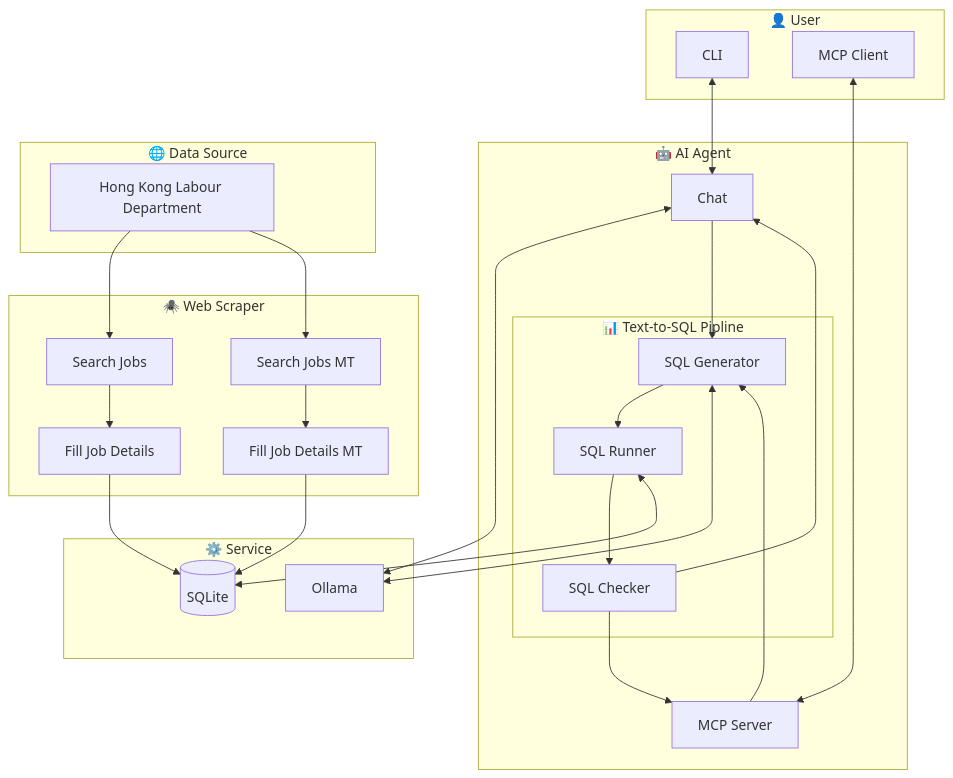
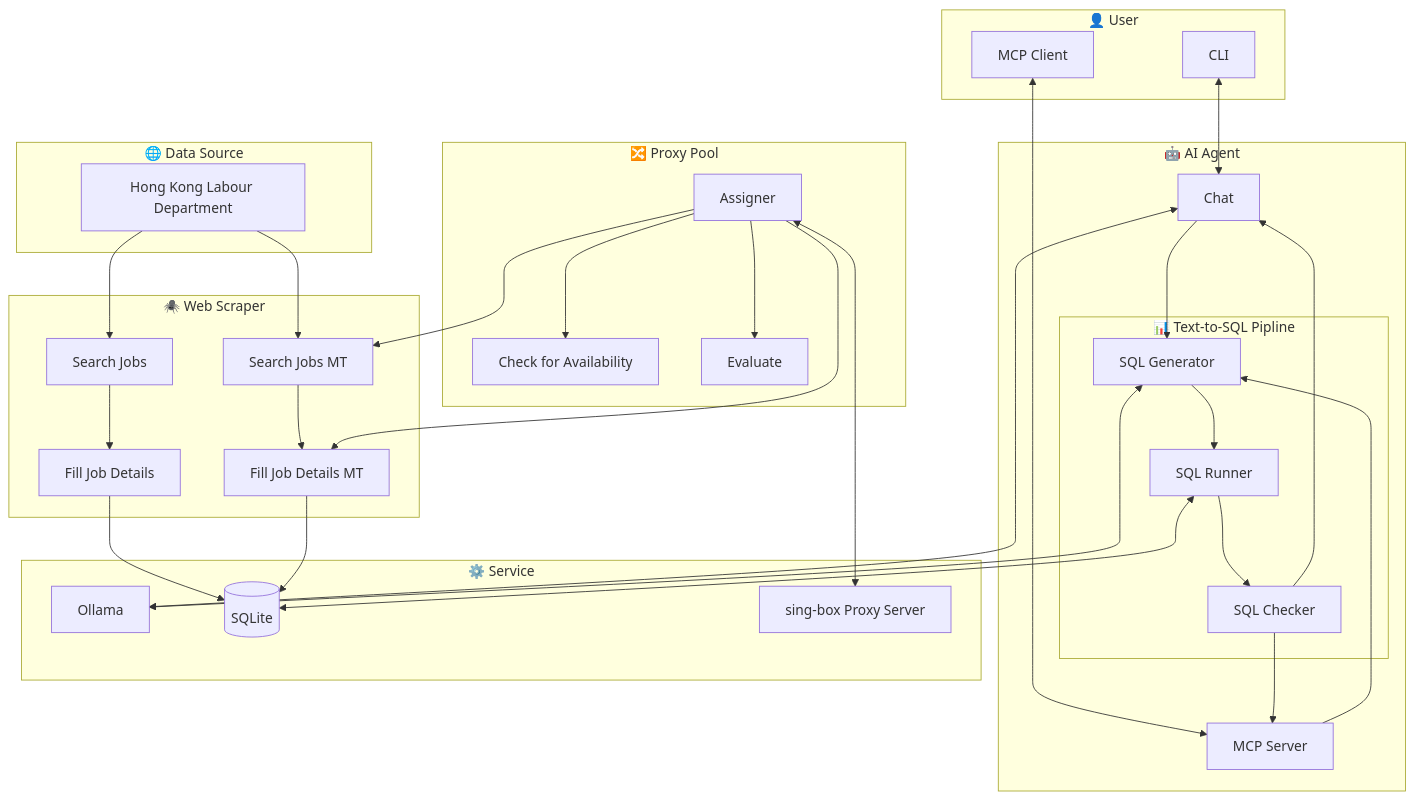
One commit to JJ-Jacko/jobs_hk changed the diagram in README.md. Above: the diagram before and after it, drawn with Mermaid. The commit also changed 2 other files, not shown here.

Commit message:
feat(README): Proxy pool.

````diff
--- a/README.md
+++ b/README.md
@@ -16,61 +16,74 @@
 ```mermaid
 flowchart
     subgraph User["👤 User"]
         CLI[CLI]
         MCP_CLIENT[MCP Client]
     end
 
     subgraph Scraper["🕷️ Web Scraper"]
         search_job[Search Jobs]
         search_job_mt[Search Jobs MT]
         fill_job[Fill Job Details]
         fill_job_mt[Fill Job Details MT]
+    end
+
+    subgraph ProxyPool["🔀 Proxy Pool"]
+        check_proxy_availability[Check for Availability]
+        evaluate_proxy[Evaluate]
+        assigner[Assigner]
     end
 
     subgraph SQL_pipline["📊 Text-to-SQL Pipline"]
         SQL_generator[SQL Generator]
         SQL_runner[SQL Runner]
         SQL_checker[SQL Checker]
     end
 
     subgraph AI["🤖 AI Agent"]
         chat[Chat]
         MCP_server[MCP Server]
         SQL_pipline
     end
 
     subgraph Service["⚙️ Service"]
         Ollama[Ollama]
         SQLite[(SQLite)]
+        proxy_server["sing-box Proxy Server"]
     end
 
     subgraph DataSource["🌐 Data Source"]
         web_src[Hong Kong Labour Department]
     end
 
     CLI <--> chat
     MCP_CLIENT <--> MCP_server
 
     chat <--> Ollama
     chat --> SQL_generator
 
     MCP_server --> SQL_generator
 
     SQL_generator --> SQL_runner
     SQL_generator <--> Ollama
 
     SQL_runner --> SQL_checker
     SQL_runner <--> SQLite
 
     SQL_checker --> chat
     SQL_checker --> MCP_server
 
     web_src --> search_job
     web_src --> search_job_mt
 
     search_job --> fill_job
     search_job_mt --> fill_job_mt
 
     fill_job --> SQLite
     fill_job_mt --> SQLite
+
+    assigner --> search_job_mt
+    assigner --> fill_job_mt
+    assigner --> check_proxy_availability
+    assigner --> evaluate_proxy
+    assigner <--> proxy_server
 ```
````
